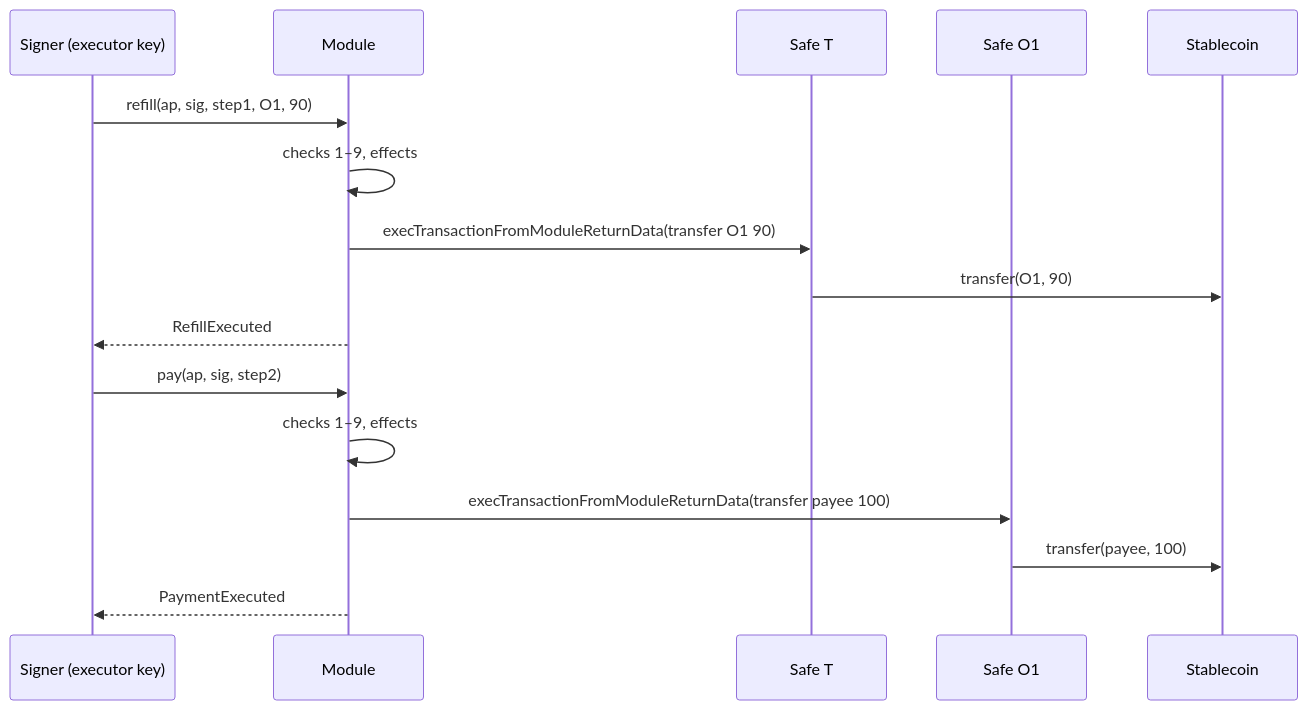
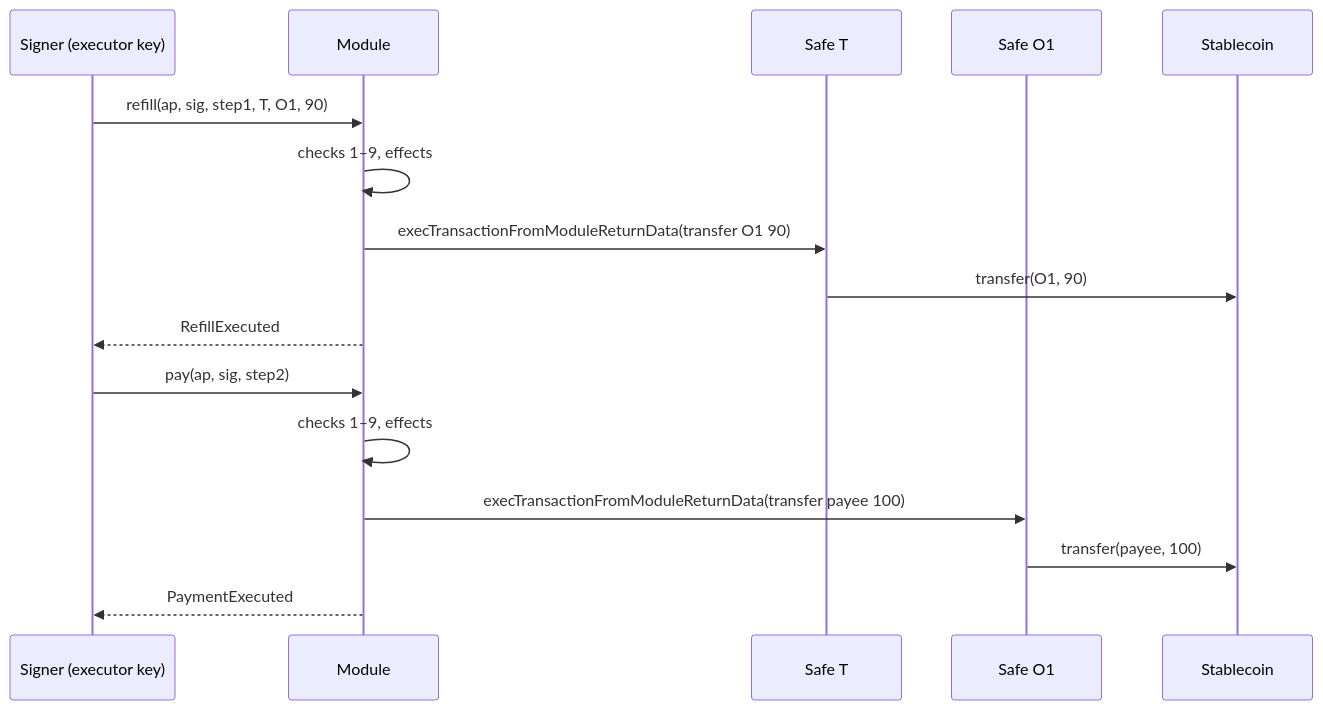
The third of 3 diagrams in docs/modules/contracts/README.md (Nostidus4/TreasuryPilot), drawn with Mermaid before and after one commit. The commit also changed other lines of this file and 22 other files, not shown here.

````diff
--- a/docs/modules/contracts/README.md
+++ b/docs/modules/contracts/README.md
@@ -281,18 +283,18 @@
 ```mermaid
 sequenceDiagram
   participant S as Signer (executor key)
   participant M as Module
   participant T as Safe T
   participant O1 as Safe O1
   participant Tok as Stablecoin
-  S->>M: refill(ap, sig, step1, O1, 90)
+  S->>M: refill(ap, sig, step1, T, O1, 90)
   M->>M: checks 1–9, effects
   M->>T: execTransactionFromModuleReturnData(transfer O1 90)
   T->>Tok: transfer(O1, 90)
   M-->>S: RefillExecuted
   S->>M: pay(ap, sig, step2)
   M->>M: checks 1–9, effects
   M->>O1: execTransactionFromModuleReturnData(transfer payee 100)
   O1->>Tok: transfer(payee, 100)
   M-->>S: PaymentExecuted
 ```
````
